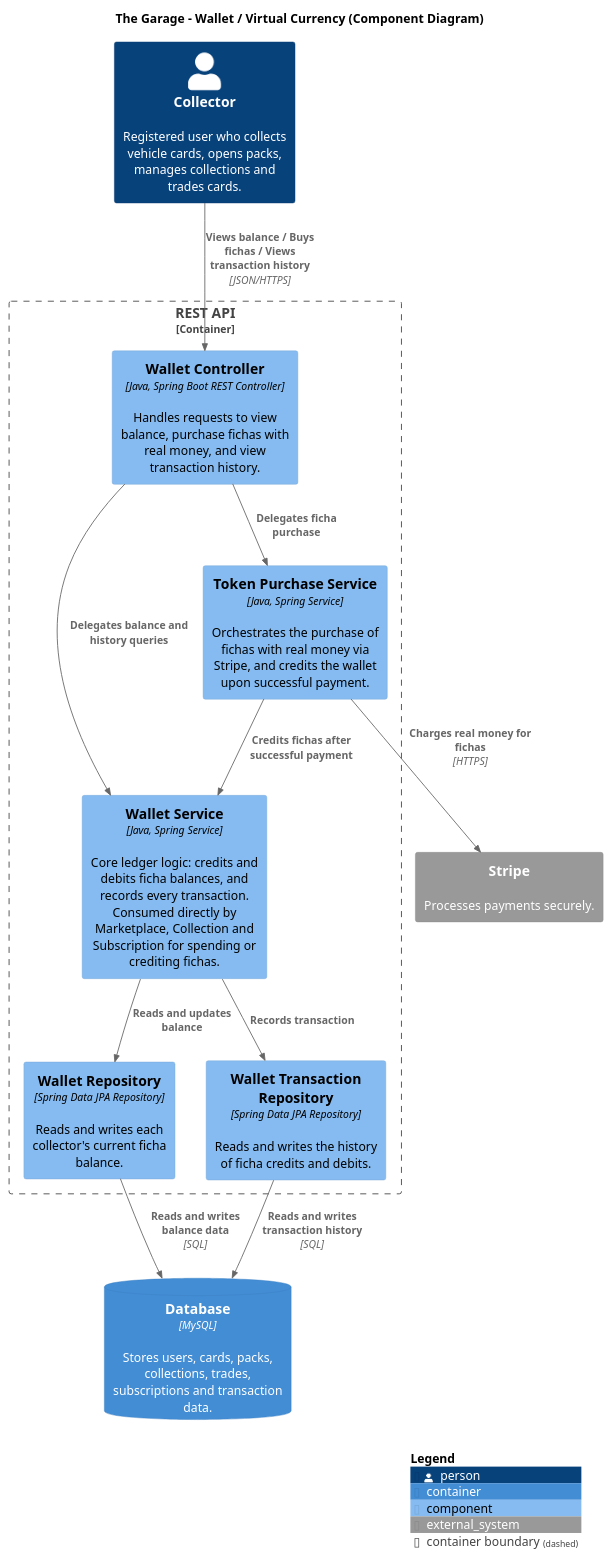
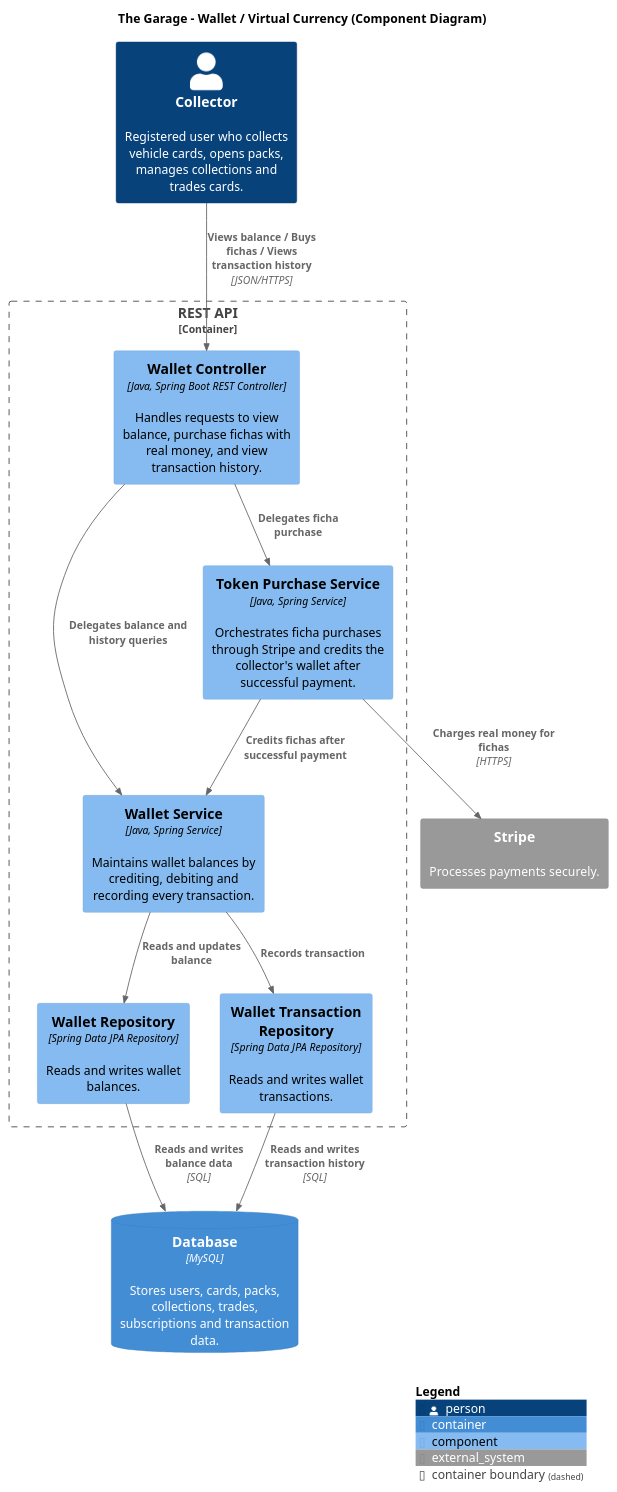
Before and after one commit to the-garage-studio/the-garage-c4-model-design: the diagram in diagrams/ComponentDiagrams/Wallet-ComponentDiagram.puml, drawn with PlantUML. The commit also changed 7 other files, not shown here.

Commit message:
feat: update the components diagrams

```diff
--- a/diagrams/ComponentDiagrams/Wallet-ComponentDiagram.puml
+++ b/diagrams/ComponentDiagrams/Wallet-ComponentDiagram.puml
@@ -1,41 +1,41 @@
 @startuml Wallet-ComponentDiagram
 !include https://raw.githubusercontent.com/plantuml-stdlib/C4-PlantUML/master/C4_Component.puml
 
 LAYOUT_WITH_LEGEND()
 
 title The Garage - Wallet / Virtual Currency (Component Diagram)
 
 Person(collector, "Collector", "Registered user who collects vehicle cards, opens packs, manages collections and trades cards.")
 
 System_Ext(stripe, "Stripe", "Processes payments securely.")
 
 Container_Boundary(api, "REST API") {
 
     Component(wallet_controller, "Wallet Controller", "Java, Spring Boot REST Controller", "Handles requests to view balance, purchase fichas with real money, and view transaction history.")
 
-    Component(token_purchase_service, "Token Purchase Service", "Java, Spring Service", "Orchestrates the purchase of fichas with real money via Stripe, and credits the wallet upon successful payment.")
-    Component(wallet_service, "Wallet Service", "Java, Spring Service", "Core ledger logic: credits and debits ficha balances, and records every transaction. Consumed directly by Marketplace, Collection and Subscription for spending or crediting fichas.")
+    Component(token_purchase_service, "Token Purchase Service", "Java, Spring Service", "Orchestrates ficha purchases through Stripe and credits the collector's wallet after successful payment.")
+    Component(wallet_service, "Wallet Service", "Java, Spring Service", "Maintains wallet balances by crediting, debiting and recording every transaction.")
 
-    Component(wallet_repository, "Wallet Repository", "Spring Data JPA Repository", "Reads and writes each collector's current ficha balance.")
-    Component(wallet_transaction_repository, "Wallet Transaction Repository", "Spring Data JPA Repository", "Reads and writes the history of ficha credits and debits.")
+    Component(wallet_repository, "Wallet Repository", "Spring Data JPA Repository", "Reads and writes wallet balances.")
+    Component(wallet_transaction_repository, "Wallet Transaction Repository", "Spring Data JPA Repository", "Reads and writes wallet transactions.")
 }
 
 ContainerDb(database, "Database", "MySQL", "Stores users, cards, packs, collections, trades, subscriptions and transaction data.")
 
 Rel(collector, wallet_controller, "Views balance / Buys fichas / Views transaction history", "JSON/HTTPS")
 
 Rel(wallet_controller, token_purchase_service, "Delegates ficha purchase")
 Rel(wallet_controller, wallet_service, "Delegates balance and history queries")
 
 Rel(token_purchase_service, stripe, "Charges real money for fichas", "HTTPS")
 Rel(token_purchase_service, wallet_service, "Credits fichas after successful payment")
 
 Rel(wallet_service, wallet_repository, "Reads and updates balance")
 Rel(wallet_service, wallet_transaction_repository, "Records transaction")
 
 Rel(wallet_repository, database, "Reads and writes balance data", "SQL")
 Rel(wallet_transaction_repository, database, "Reads and writes transaction history", "SQL")
 
 
 SHOW_LEGEND()
 @enduml
```
